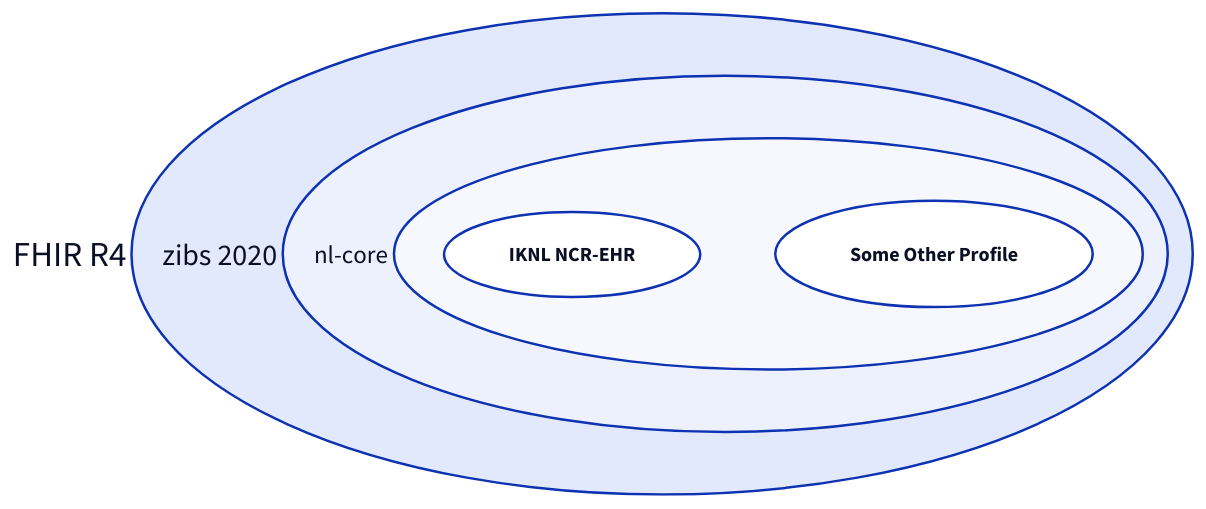
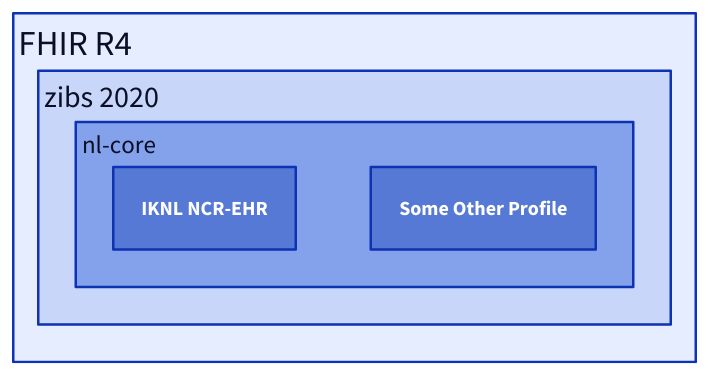
The diagram in late-binding.d2 (PharmAccess/hdc-viewpoint-jmir), drawn with D2 before and after one commit. The commit also changed 11 other files, not shown here.

```diff
--- a/late-binding.d2
+++ b/late-binding.d2
@@ -1,18 +1,25 @@
 FHIR R4: {
-    shape: oval
-    label.near: outside-left-center
-    zibs 2020: {
-      shape: oval
-      label.near: outside-left-center
-      nl-core: {
-        shape: oval
-        label.near: outside-left-center
-        IKNL NCR-EHR: {
-          shape: oval
-        }
-        Some Other Profile: {
-          shape: oval
-        }
+  shape: rectangle
+  label.near: top-left
+  style.fill: "#e6edff"
+  zibs 2020: {
+    shape: rectangle
+    label.near: top-left
+    style.fill: "#c8d6f9"
+    nl-core: {
+      shape: rectangle
+      label.near: top-left
+      style.fill: "#84a1ec"
+      IKNL NCR-EHR: {
+        shape: rectangle
+        style.fill: "#5679d5"
+        style.font-color: "#ffffff"
+      }
+      Some Other Profile: {
+        shape: rectangle
+        style.fill: "#5679d5"
+        style.font-color: "#ffffff"
       }
     }
   }
+}
```
